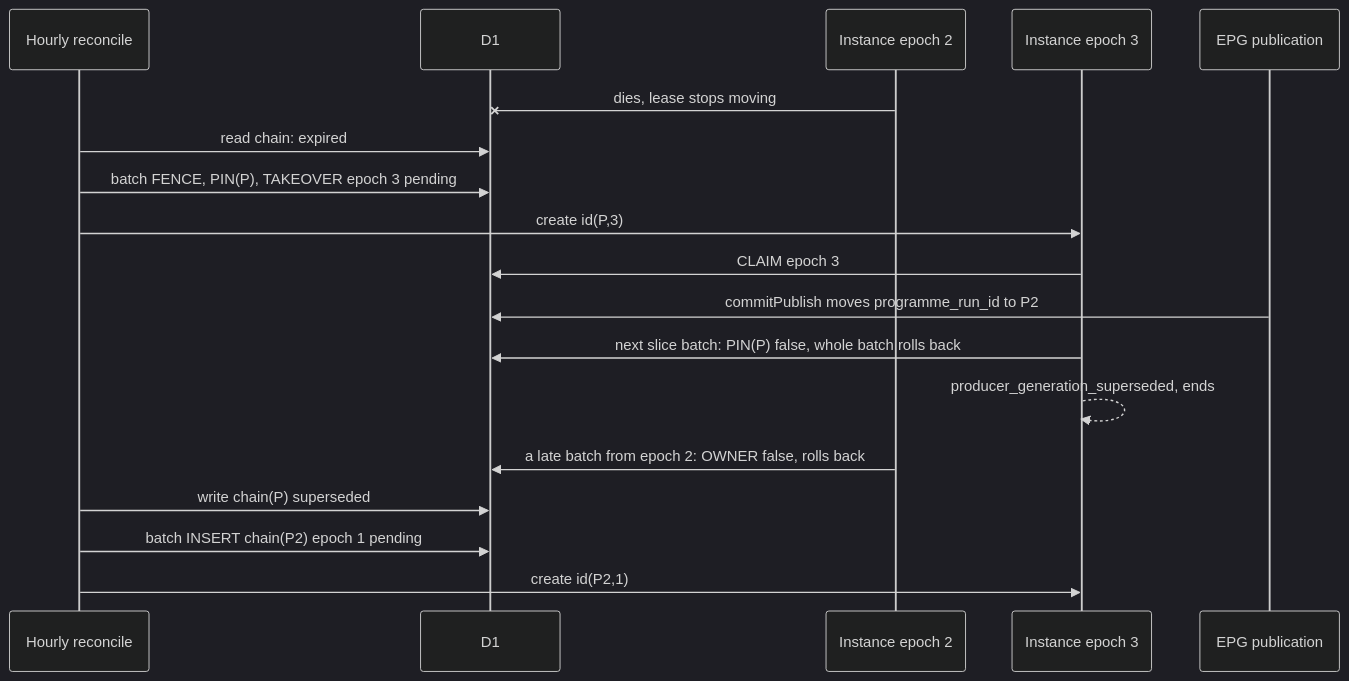
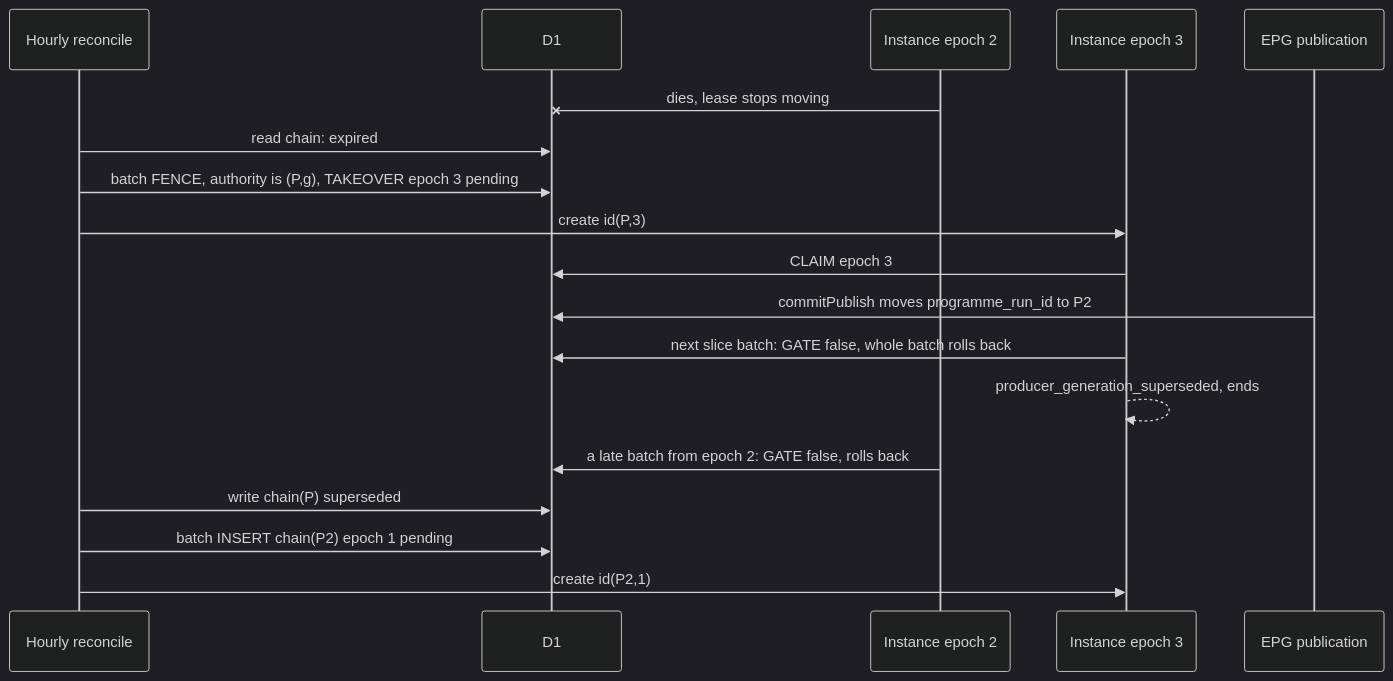
The third of 5 diagrams in docs/adr/0141-producer-workflow-chain-protocol.md (vladimino/iptv-watchlist), drawn with Mermaid (dark theme) before and after one commit. The commit also changed other lines of this file and 1 other file, not shown here.

First line of the commit message:
docs(adr): revise ADR 0141 after architecture review (AIR-374)

````diff
--- a/docs/adr/0141-producer-workflow-chain-protocol.md
+++ b/docs/adr/0141-producer-workflow-chain-protocol.md
@@ -232,20 +283,20 @@
 ```mermaid
 sequenceDiagram
     participant H as Hourly reconcile
     participant D as D1
     participant B as Instance epoch 2
     participant C as Instance epoch 3
     participant E as EPG publication
     B-xD: dies, lease stops moving
     H->>D: read chain: expired
-    H->>D: batch FENCE, PIN(P), TAKEOVER epoch 3 pending
+    H->>D: batch FENCE, authority is (P,g), TAKEOVER epoch 3 pending
     H->>C: create id(P,3)
     C->>D: CLAIM epoch 3
     E->>D: commitPublish moves programme_run_id to P2
-    C->>D: next slice batch: PIN(P) false, whole batch rolls back
+    C->>D: next slice batch: GATE false, whole batch rolls back
     C-->>C: producer_generation_superseded, ends
-    B->>D: a late batch from epoch 2: OWNER false, rolls back
+    B->>D: a late batch from epoch 2: GATE false, rolls back
     H->>D: write chain(P) superseded
     H->>D: batch INSERT chain(P2) epoch 1 pending
     H->>C: create id(P2,1)
 ```
````
